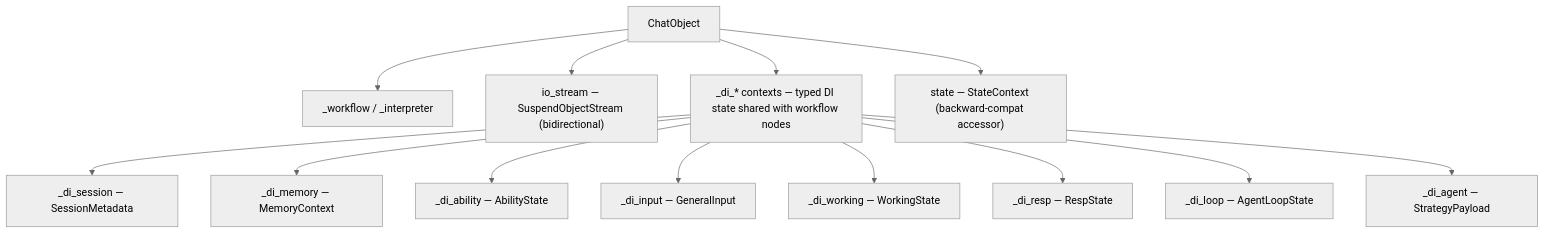
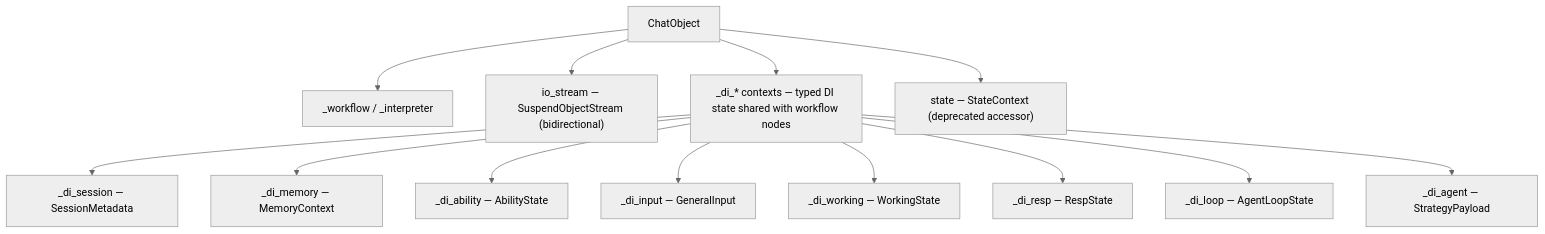
Before and after one commit to AmritaBot/AmritaCore: the first of 2 diagrams in docs/docs/guide/concepts/chat-object.md, drawn with Mermaid (neutral theme). The commit also changed 43 other files, not shown here.

````diff
--- a/docs/docs/guide/concepts/chat-object.md
+++ b/docs/docs/guide/concepts/chat-object.md
@@ -10,15 +10,15 @@
 ```mermaid
 flowchart TD
     CO["ChatObject"] --> WF["_workflow / _interpreter"]
     CO --> IO["io_stream — SuspendObjectStream (bidirectional)"]
     CO --> DI["_di_* contexts — typed DI state shared with workflow nodes"]
-    CO --> ST["state — StateContext (backward-compat accessor)"]
+    CO --> ST["state — StateContext (deprecated accessor)"]
     DI --> S1["_di_session — SessionMetadata"]
     DI --> S2["_di_memory — MemoryContext"]
     DI --> S3["_di_ability — AbilityState"]
     DI --> S4["_di_input — GeneralInput"]
     DI --> S5["_di_working — WorkingState"]
     DI --> S6["_di_resp — RespState"]
     DI --> S7["_di_loop — AgentLoopState"]
     DI --> S8["_di_agent — StrategyPayload"]
 ```
````
